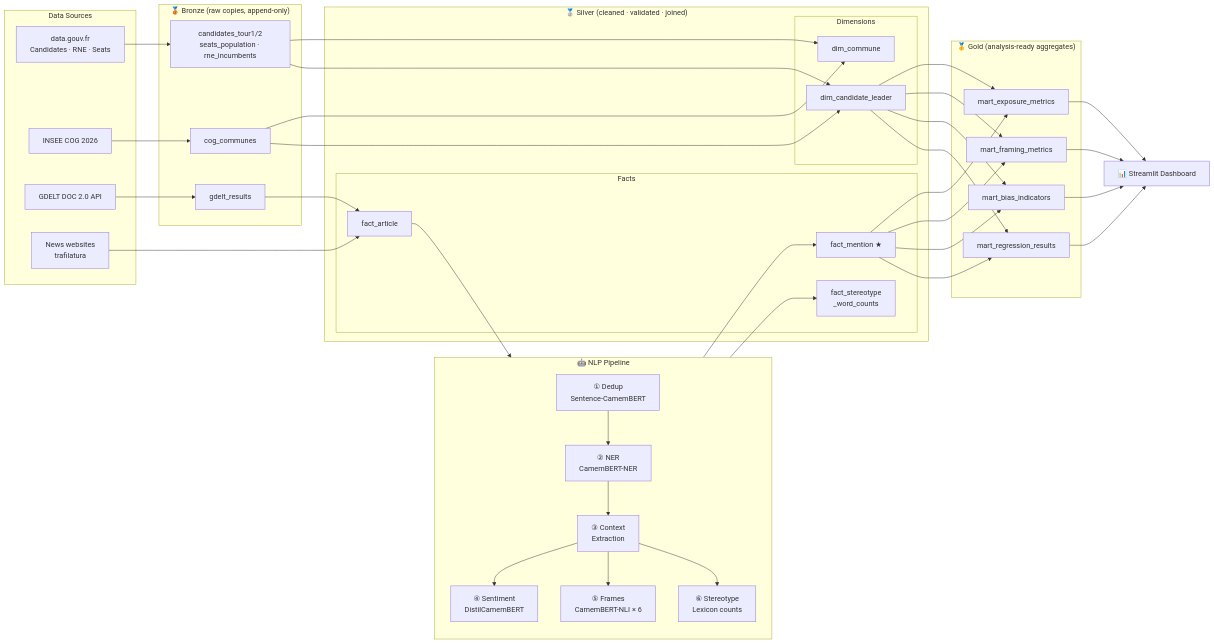
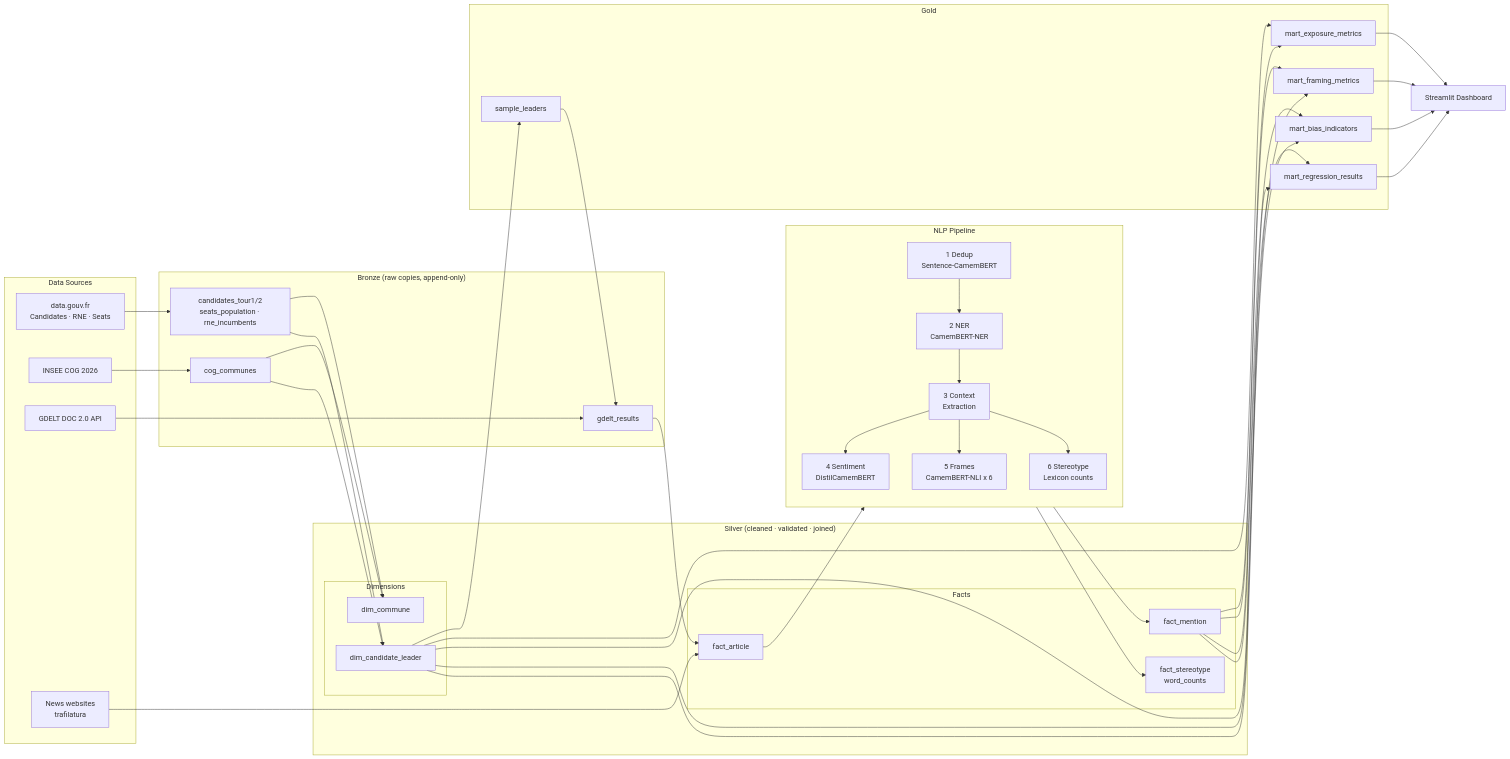
One commit to cchoooots98/election-gender-bias_D4W changed the first of 2 diagrams in README.md. Above: the diagram before and after it, drawn with Mermaid. The commit also changed other lines of this file and 25 other files, not shown here.

````diff
--- a/README.md
+++ b/README.md
@@ -93,58 +123,61 @@
 ```mermaid
 flowchart LR
     subgraph SRC["Data Sources"]
-        A1["data.gouv.fr\nCandidates · RNE · Seats"]
+        A1["data.gouv.fr<br>Candidates · RNE · Seats"]
         A2["INSEE COG 2026"]
         A3["GDELT DOC 2.0 API"]
-        A4["News websites\ntrafilatura"]
+        A4["News websites<br>trafilatura"]
     end
 
-    subgraph BRZ["🥉 Bronze  (raw copies, append-only)"]
-        B1["candidates_tour1/2\nseats_population · rne_incumbents"]
+    subgraph BRZ["Bronze (raw copies, append-only)"]
+        B1["candidates_tour1/2<br>seats_population · rne_incumbents"]
         B2["cog_communes"]
         B3["gdelt_results"]
     end
 
-    subgraph SLV["🥈 Silver  (cleaned · validated · joined)"]
+    subgraph SLV["Silver (cleaned · validated · joined)"]
         subgraph DIMS["Dimensions"]
             D1["dim_commune"]
             D2["dim_candidate_leader"]
         end
         subgraph FACTS["Facts"]
             F1["fact_article"]
-            F2["fact_mention ★"]
-            F3["fact_stereotype\n_word_counts"]
+            F2["fact_mention"]
+            F3["fact_stereotype<br>word_counts"]
         end
     end
 
-    subgraph NLP["🤖 NLP Pipeline"]
-        N1["① Dedup\nSentence-CamemBERT"]
-        N2["② NER\nCamemBERT-NER"]
-        N3["③ Context\nExtraction"]
-        N4["④ Sentiment\nDistilCamemBERT"]
-        N5["⑤ Frames\nCamemBERT-NLI × 6"]
-        N6["⑥ Stereotype\nLexicon counts"]
+    subgraph NLP["NLP Pipeline"]
+        N1["1 Dedup<br>Sentence-CamemBERT"]
+        N2["2 NER<br>CamemBERT-NER"]
+        N3["3 Context<br>Extraction"]
+        N4["4 Sentiment<br>DistilCamemBERT"]
+        N5["5 Frames<br>CamemBERT-NLI x 6"]
+        N6["6 Stereotype<br>Lexicon counts"]
         N1 --> N2 --> N3 --> N4 & N5 & N6
     end
 
-    subgraph GLD["🥇 Gold  (analysis-ready aggregates)"]
+    subgraph GLD["Gold"]
+        G0["sample_leaders"]
         G1["mart_exposure_metrics"]
         G2["mart_framing_metrics"]
         G3["mart_bias_indicators"]
         G4["mart_regression_results"]
     end
 
     A1 --> B1
     A2 --> B2
     A3 --> B3
     A4 --> F1
 
     B1 & B2 --> D1 & D2
+    D2 --> G0
+    G0 --> B3
     B3 --> F1
 
     F1 --> NLP
     NLP --> F2 & F3
 
     D2 & F2 --> G1 & G2 & G3 & G4
-    G1 & G2 & G3 & G4 --> DASH["📊 Streamlit Dashboard"]
+    G1 & G2 & G3 & G4 --> DASH["Streamlit Dashboard"]
 ```
````
